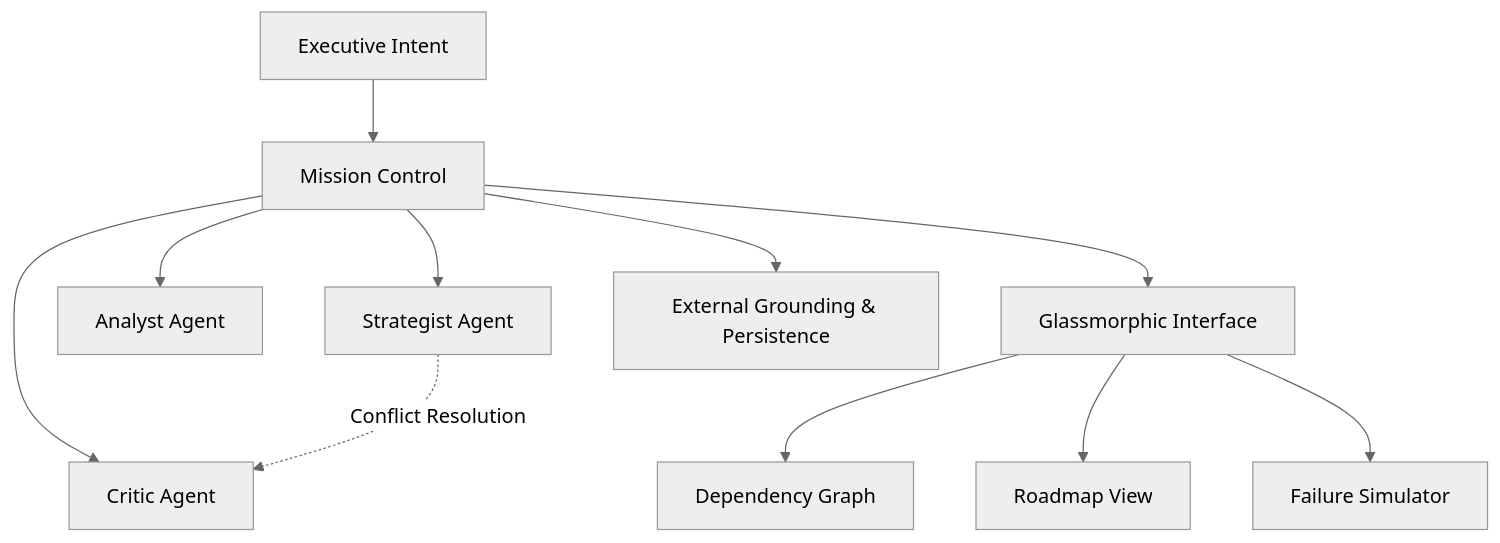
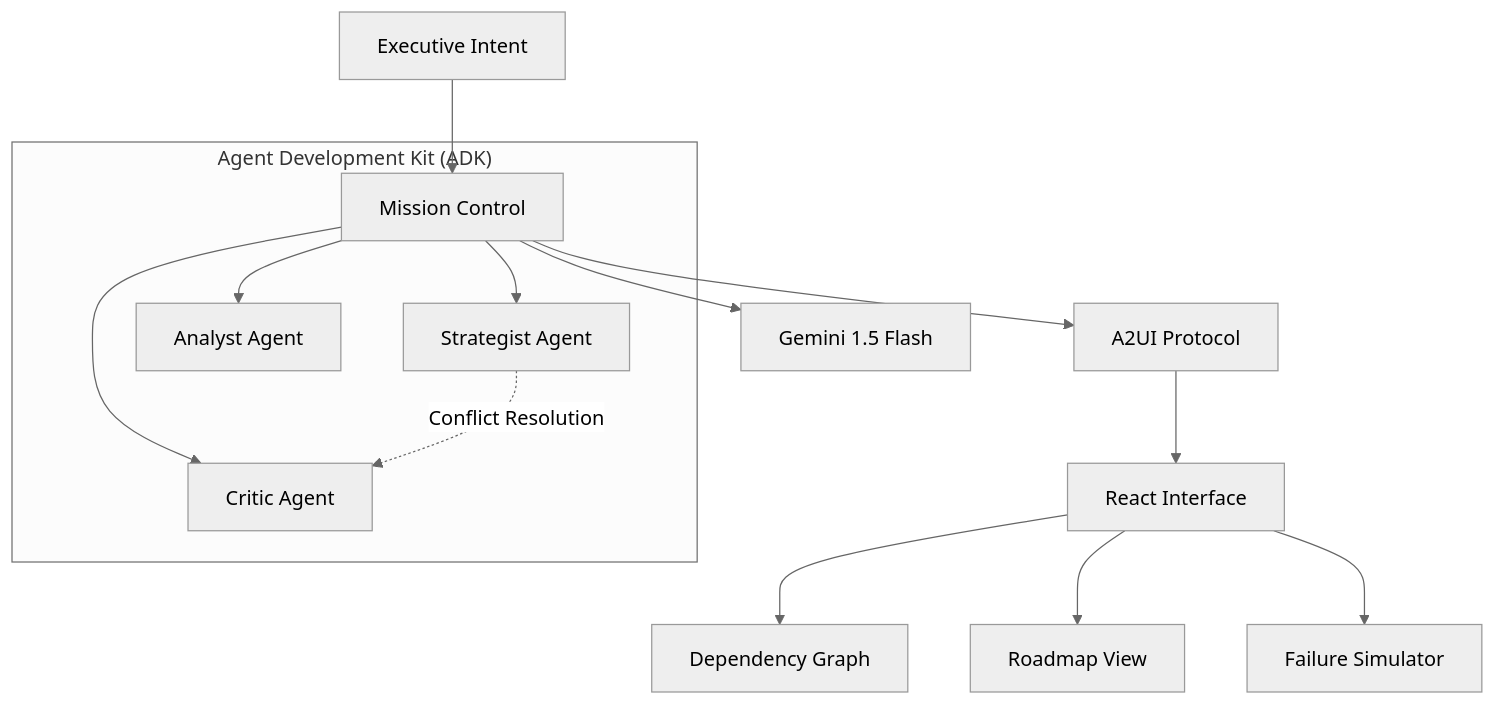
The diagram in README.md (darshil0/atlas-strategic-agent), drawn with Mermaid (neutral theme) before and after one commit. The commit also changed other lines of this file, not shown here.

````diff
--- a/README.md
+++ b/README.md
@@ -25,18 +39,20 @@
 ```mermaid
 graph TD
     User[Executive Intent] --> Orchestrator[Mission Control]
     
-    Orchestrator --> Strategist[Strategist Agent]
-    Orchestrator --> Analyst[Analyst Agent]
-    Orchestrator --> Critic[Critic Agent]
+    subgraph "Agent Development Kit (ADK)"
+        Orchestrator --> Strategist[Strategist Agent]
+        Orchestrator --> Analyst[Analyst Agent]
+        Orchestrator --> Critic[Critic Agent]
+        Strategist -.Conflict Resolution.-> Critic
+    end
     
-    Strategist -.Conflict Resolution.-> Critic
-    
-    Orchestrator --> UI[Glassmorphic Interface]
+    Orchestrator --> Protocol[A2UI Protocol]
+    Protocol --> UI[React Interface]
     
     UI --> Graph[Dependency Graph]
     UI --> Timeline[Roadmap View]
     UI --> Sim[Failure Simulator]
     
-    Orchestrator --> Services[External Grounding & Persistence]
+    Orchestrator --> Gemini[Gemini 1.5 Flash]
 ```
````
